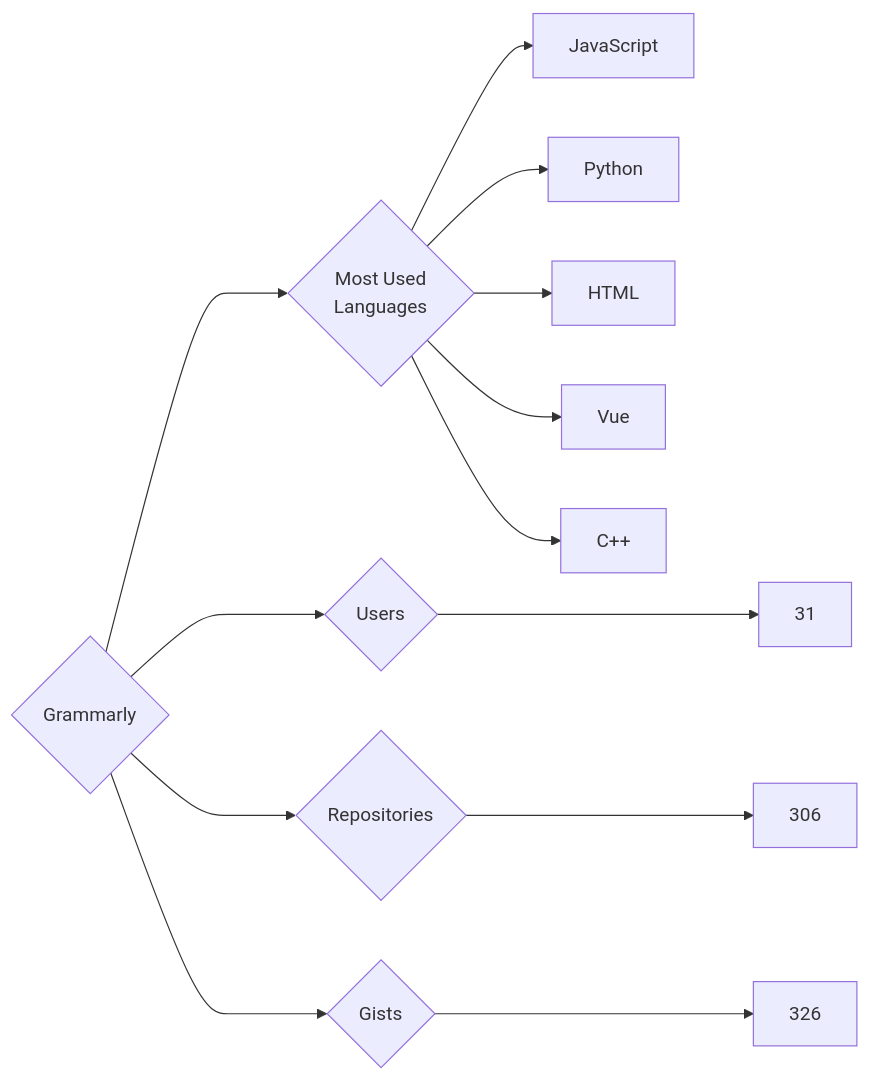
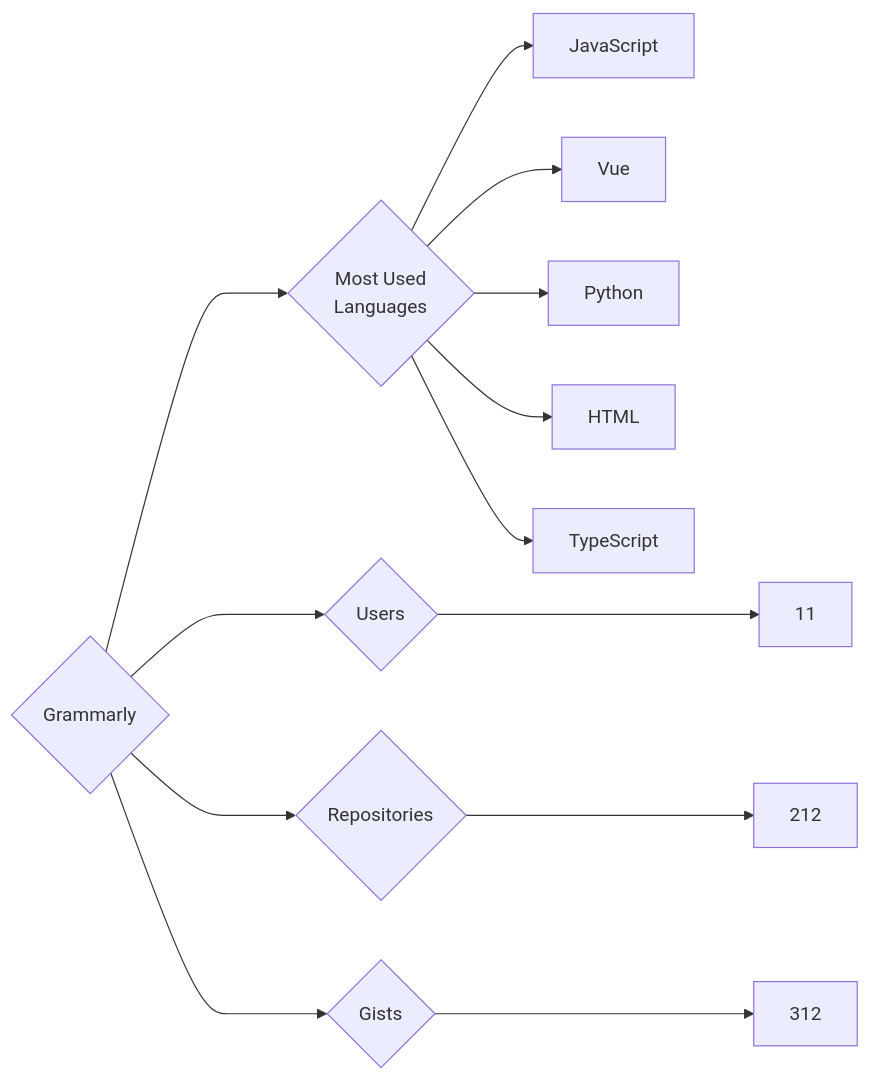
Before and after one commit to trickest/insiders: the diagram in targets/Grammarly/README.md, drawn with Mermaid. The commit also changed 610 other files, not shown here.

````diff
--- a/targets/Grammarly/README.md
+++ b/targets/Grammarly/README.md
@@ -3,13 +3,13 @@
 ```mermaid
 graph LR
 COMPANY_NAME{Grammarly}
-COMPANY_NAME ---> U{Users} ---> UN[31]
-COMPANY_NAME ---> R{Repositories} ---> RN[306]
-COMPANY_NAME ---> G{Gists} ---> GN[326]
+COMPANY_NAME ---> U{Users} ---> UN[11]
+COMPANY_NAME ---> R{Repositories} ---> RN[212]
+COMPANY_NAME ---> G{Gists} ---> GN[312]
 COMPANY_NAME ---> ML{Most Used<br>Languages}
 ML --> JavaScript[JavaScript]
+ML --> Vue[Vue]
 ML --> Python[Python]
 ML --> HTML[HTML]
-ML --> Vue[Vue]
-ML --> C++[C++]
+ML --> TypeScript[TypeScript]
 ```
````
